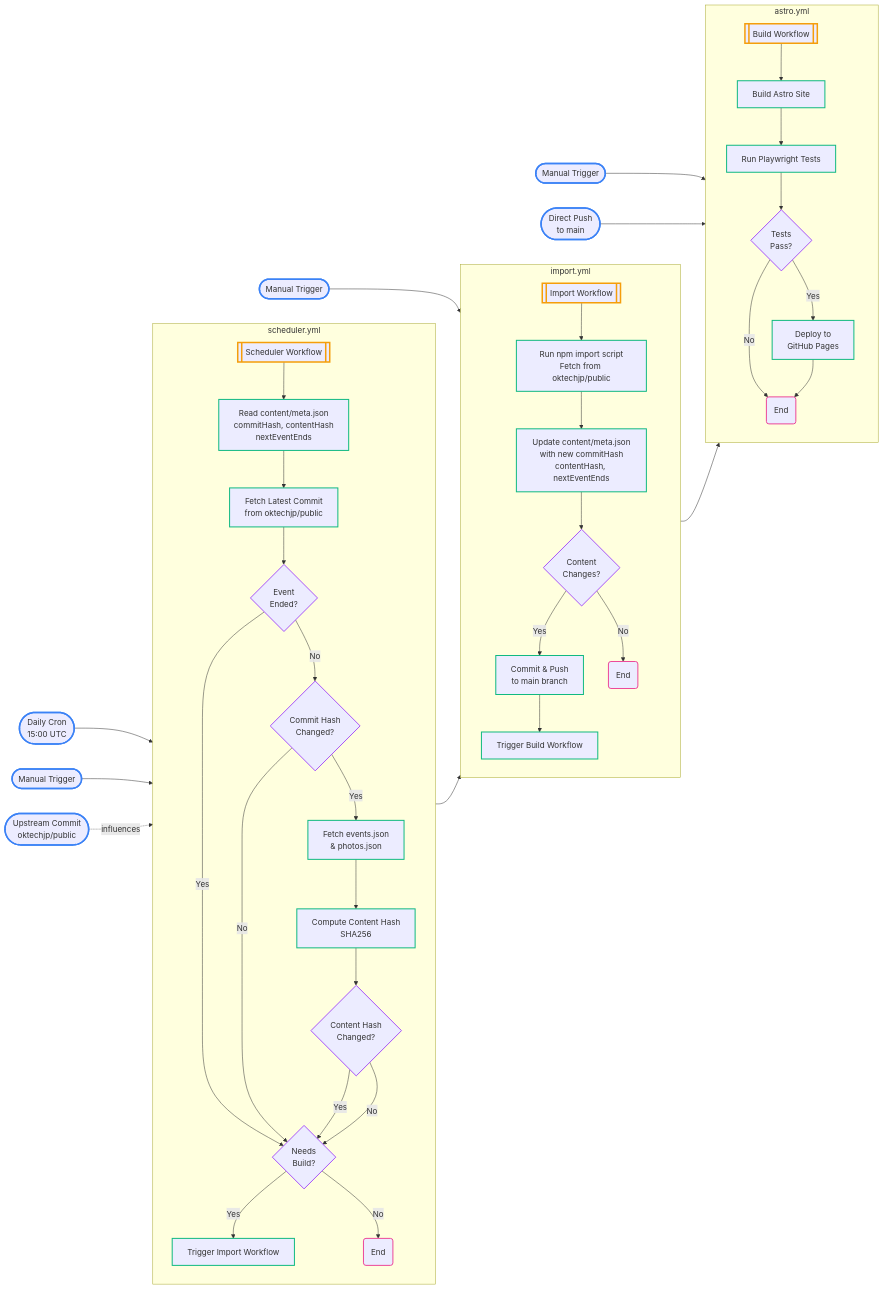
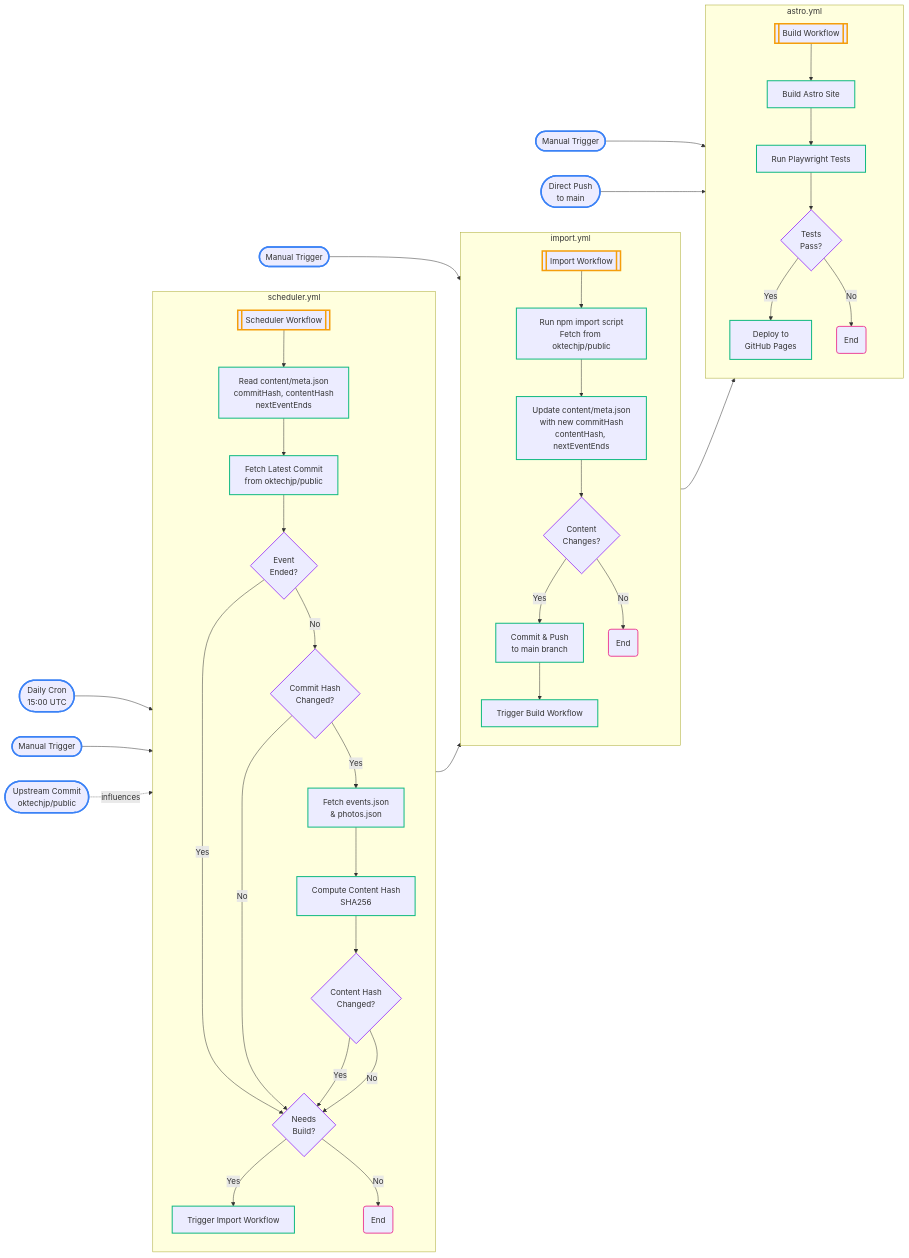
The diagram in README.md (oktechjp/oktech.jp), drawn with Mermaid before and after one commit.

Commit message:
Update chart

```diff
--- a/README.md
+++ b/README.md
@@ -115,7 +115,6 @@
         RunTests --> TestsPassed
         TestsPassed -->|Yes| Deploy
         TestsPassed -->|No| End3
-        Deploy --> End3
     end
 
     %% Cross-workflow connections
```
